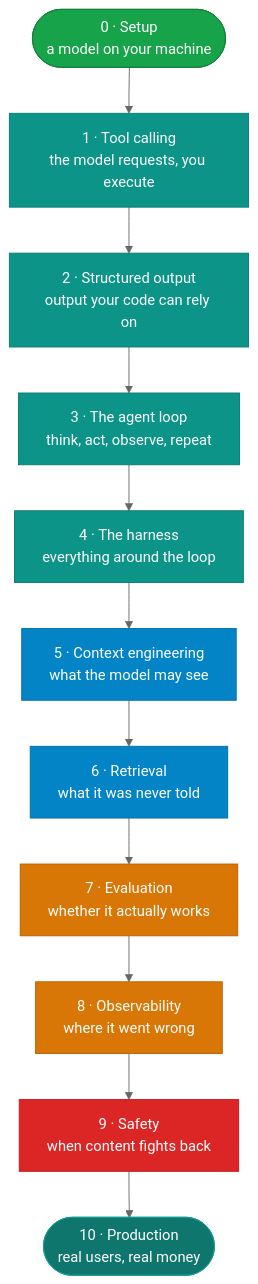
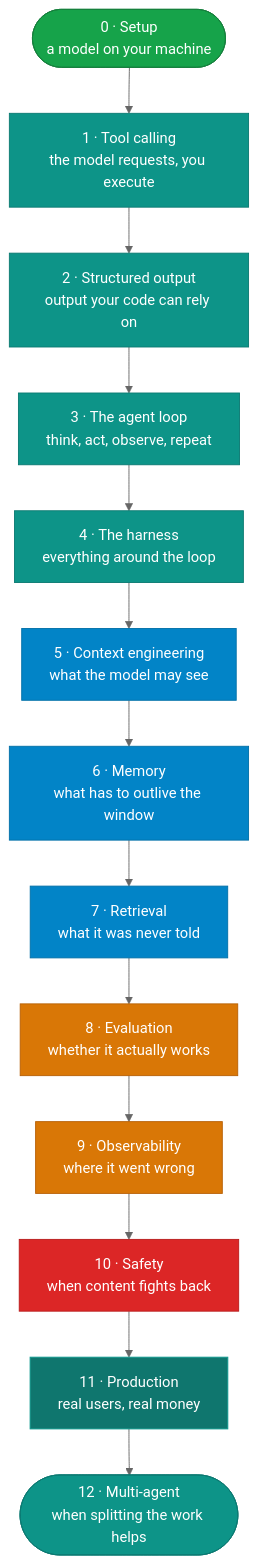
The diagram in docs/00-start-here/the-path.md (nitin27may/ai-resources), drawn with Mermaid (neutral theme) before and after one commit. The commit also changed other lines of this file and 33 other files, not shown here.

First line of the commit message:
feat: add modules 6 and 12, memory and multi-agent, both measured

````diff
--- a/docs/00-start-here/the-path.md
+++ b/docs/00-start-here/the-path.md
@@ -47,21 +47,23 @@
 ```mermaid
 flowchart TB
     S(["0 · Setup<br/>a model on your machine"]):::success
     S --> T["1 · Tool calling<br/>the model requests, you execute"]:::primary
     T --> SO["2 · Structured output<br/>output your code can rely on"]:::primary
     SO --> L["3 · The agent loop<br/>think, act, observe, repeat"]:::primary
     L --> H["4 · The harness<br/>everything around the loop"]:::primary
     H --> C["5 · Context engineering<br/>what the model may see"]:::processing
-    C --> R["6 · Retrieval<br/>what it was never told"]:::processing
-    R --> E["7 · Evaluation<br/>whether it actually works"]:::warning
-    E --> O["8 · Observability<br/>where it went wrong"]:::warning
-    O --> F["9 · Safety<br/>when content fights back"]:::danger
-    F --> P(["10 · Production<br/>real users, real money"]):::storage
+    C --> M["6 · Memory<br/>what has to outlive the window"]:::processing
+    M --> R["7 · Retrieval<br/>what it was never told"]:::processing
+    R --> E["8 · Evaluation<br/>whether it actually works"]:::warning
+    E --> O["9 · Observability<br/>where it went wrong"]:::warning
+    O --> F["10 · Safety<br/>when content fights back"]:::danger
+    F --> P["11 · Production<br/>real users, real money"]:::storage
+    P --> MA(["12 · Multi-agent<br/>when splitting the work helps"]):::primary
 
     classDef success fill:#16a34a,stroke:#15803d,color:#fff
     classDef primary fill:#0d9488,stroke:#0b7a72,color:#fff
     classDef processing fill:#0284c7,stroke:#0270a8,color:#fff
     classDef warning fill:#d97706,stroke:#b86005,color:#fff
     classDef danger fill:#dc2626,stroke:#b91c1c,color:#fff
     classDef storage fill:#0f766e,stroke:#119b91,color:#fff
 ```
````
